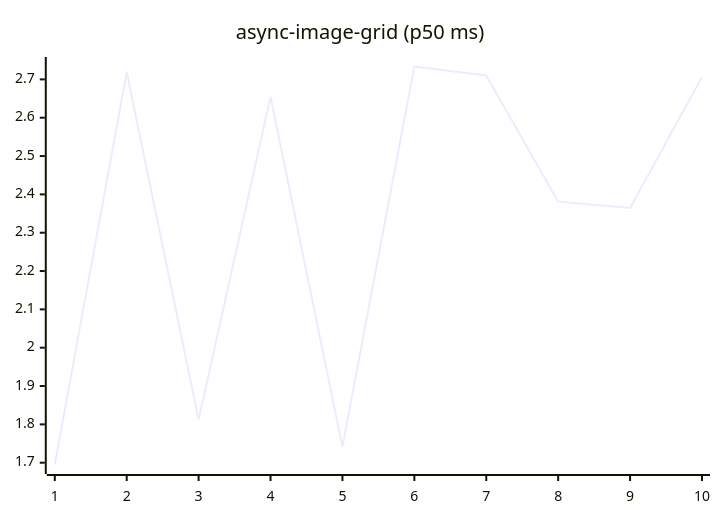
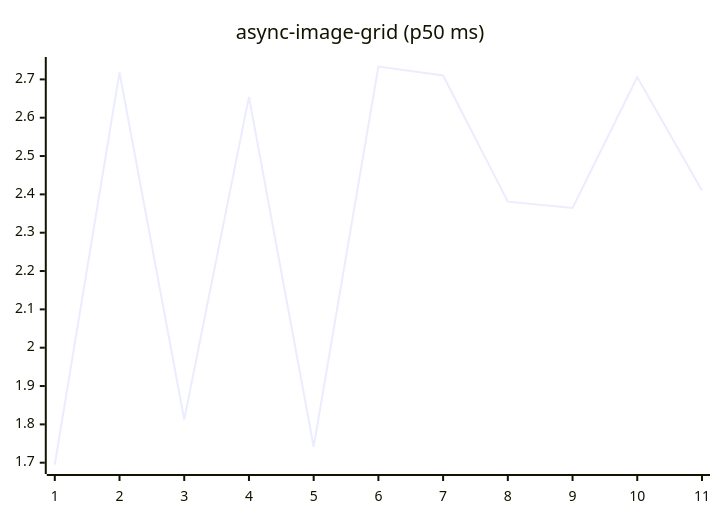
Before and after one commit to josha/Facet: the fifth of 27 diagrams in README.md, drawn with Mermaid. The commit also changed other lines of this file and 2 other files, not shown here.

````diff
--- a/README.md
+++ b/README.md
@@ -91,6 +91,6 @@
 ```mermaid
 xychart-beta
     title "async-image-grid (p50 ms)"
-    x-axis 1 --> 10
-    line [1.6953, 2.7184, 1.8124, 2.6543, 1.7415, 2.7336, 2.7103, 2.3810, 2.3646, 2.7059]
+    x-axis 1 --> 11
+    line [1.6953, 2.7184, 1.8124, 2.6543, 1.7415, 2.7336, 2.7103, 2.3810, 2.3646, 2.7059, 2.4103]
 ```
````
